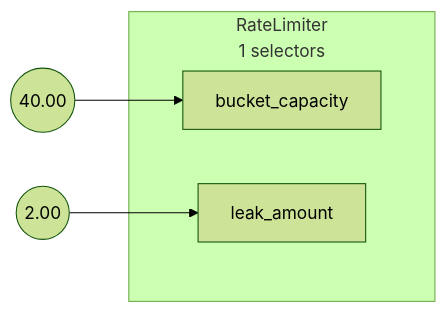
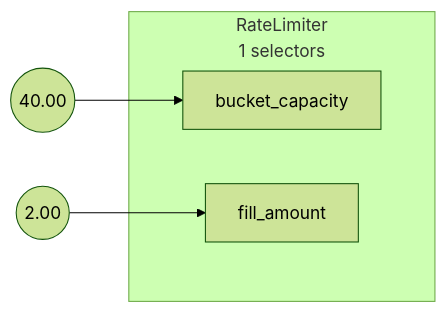
The diagram in docs/content/applying-policies/rate-limiting/assets/graphql-rate-limiting/graphql-rate-limiting-jwt.mmd (fluxninja/aperture), drawn with Mermaid (forest theme) before and after one commit. The commit also changed 50 other files, not shown here.

```diff
--- a/docs/content/applying-policies/rate-limiting/assets/graphql-rate-limiting/graphql-rate-limiting-jwt.mmd
+++ b/docs/content/applying-policies/rate-limiting/assets/graphql-rate-limiting/graphql-rate-limiting-jwt.mmd
@@ -1,12 +1,12 @@
 flowchart LR
 subgraph root.0[<center>RateLimiter<br/>1 selectors</center>]
 subgraph root.0_inports[ ]
 style root.0_inports fill:none,stroke:none
 root.0bucket_capacity[bucket_capacity]
-root.0leak_amount[leak_amount]
+root.0fill_amount[fill_amount]
 end
 end
 root.0_bucket_capacity_FakeConstantout((40.00))
-root.0_leak_amount_FakeConstantout((2.00))
+root.0_fill_amount_FakeConstantout((2.00))
 root.0_bucket_capacity_FakeConstantout --> root.0bucket_capacity
-root.0_leak_amount_FakeConstantout --> root.0leak_amount
+root.0_fill_amount_FakeConstantout --> root.0fill_amount
```
